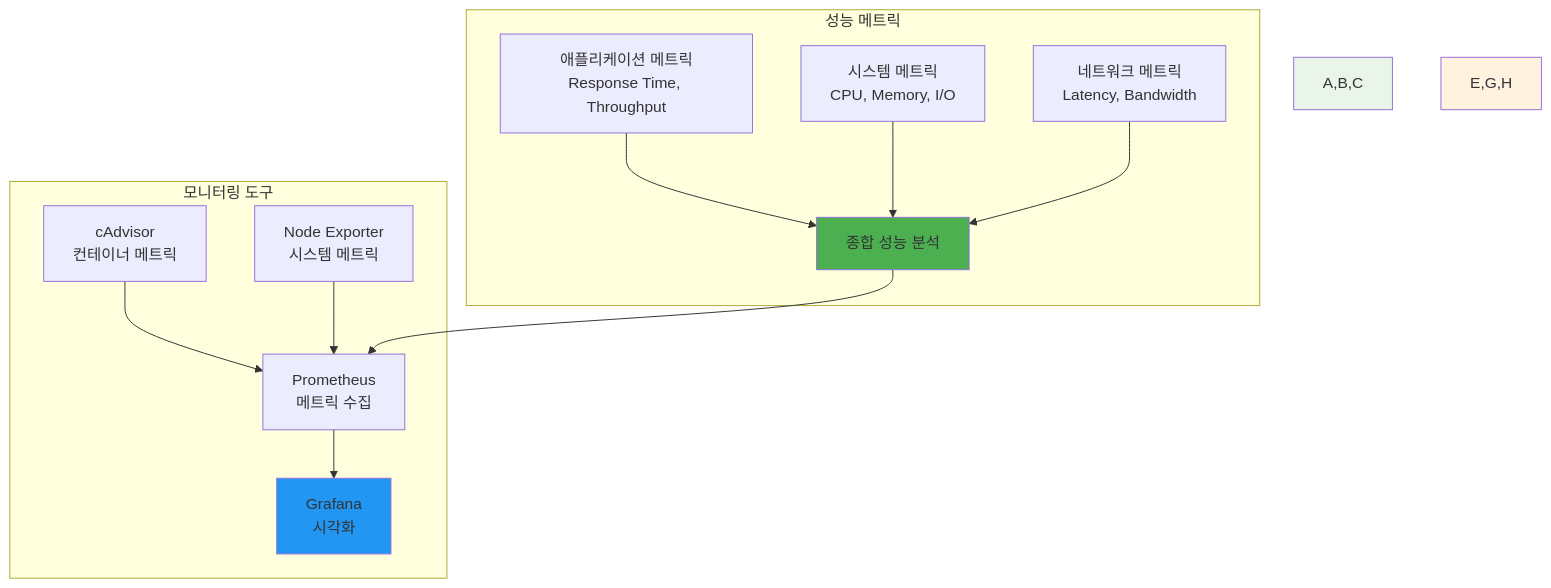
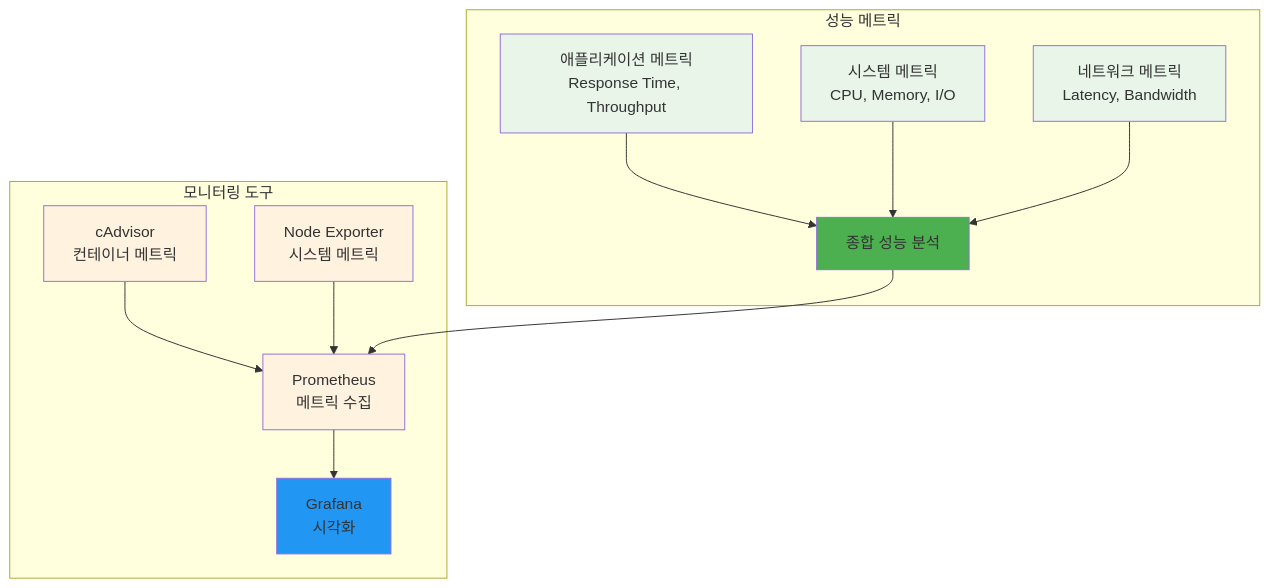
The fifth of 10 diagrams in theory/week_02/day3/README_corrected.md (niceguy61/kdt_devops_lecture_2025), drawn with Mermaid before and after one commit. The commit also changed other lines of this file and 63 other files, not shown here.

````diff
--- a/theory/week_02/day3/README_corrected.md
+++ b/theory/week_02/day3/README_corrected.md
@@ -266,21 +270,25 @@
 ```mermaid
 graph TB
     subgraph "성능 메트릭"
         A[애플리케이션 메트릭<br/>Response Time, Throughput] --> D[종합 성능 분석]
         B[시스템 메트릭<br/>CPU, Memory, I/O] --> D
         C[네트워크 메트릭<br/>Latency, Bandwidth] --> D
     end
     
     subgraph "모니터링 도구"
         E[Prometheus<br/>메트릭 수집] --> F[Grafana<br/>시각화]
         G[cAdvisor<br/>컨테이너 메트릭] --> E
         H[Node Exporter<br/>시스템 메트릭] --> E
     end
     
     D --> E
     
-    style A,B,C fill:#e8f5e8
+    style A fill:#e8f5e8
+    style B fill:#e8f5e8
+    style C fill:#e8f5e8
     style D fill:#4caf50
-    style E,G,H fill:#fff3e0
+    style E fill:#fff3e0
+    style G fill:#fff3e0
+    style H fill:#fff3e0
     style F fill:#2196f3
 ```
````
